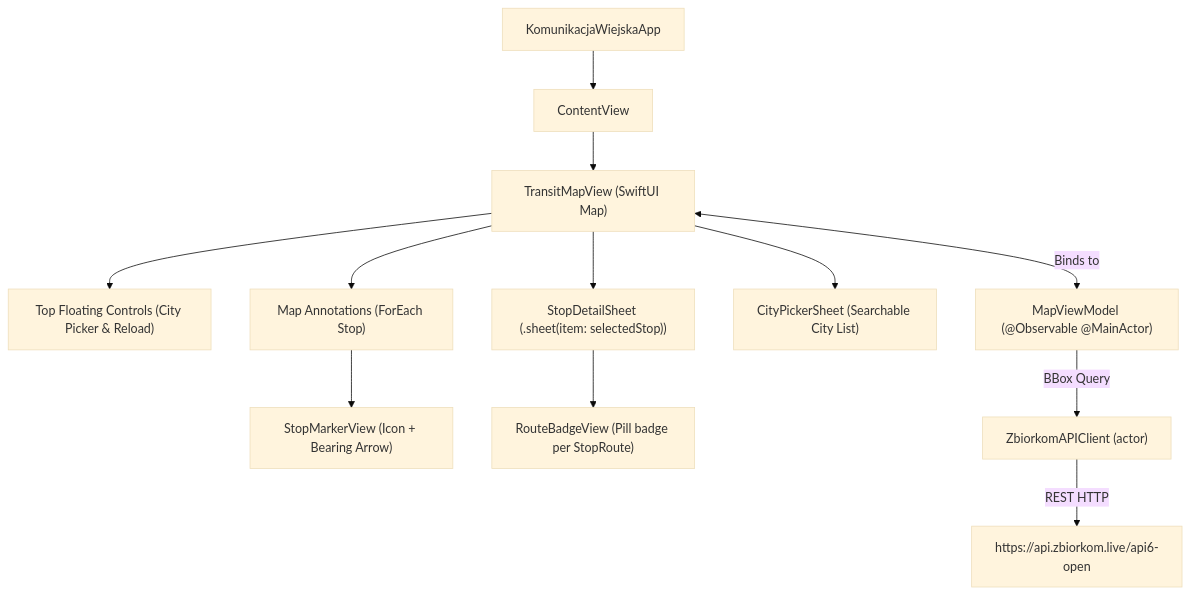
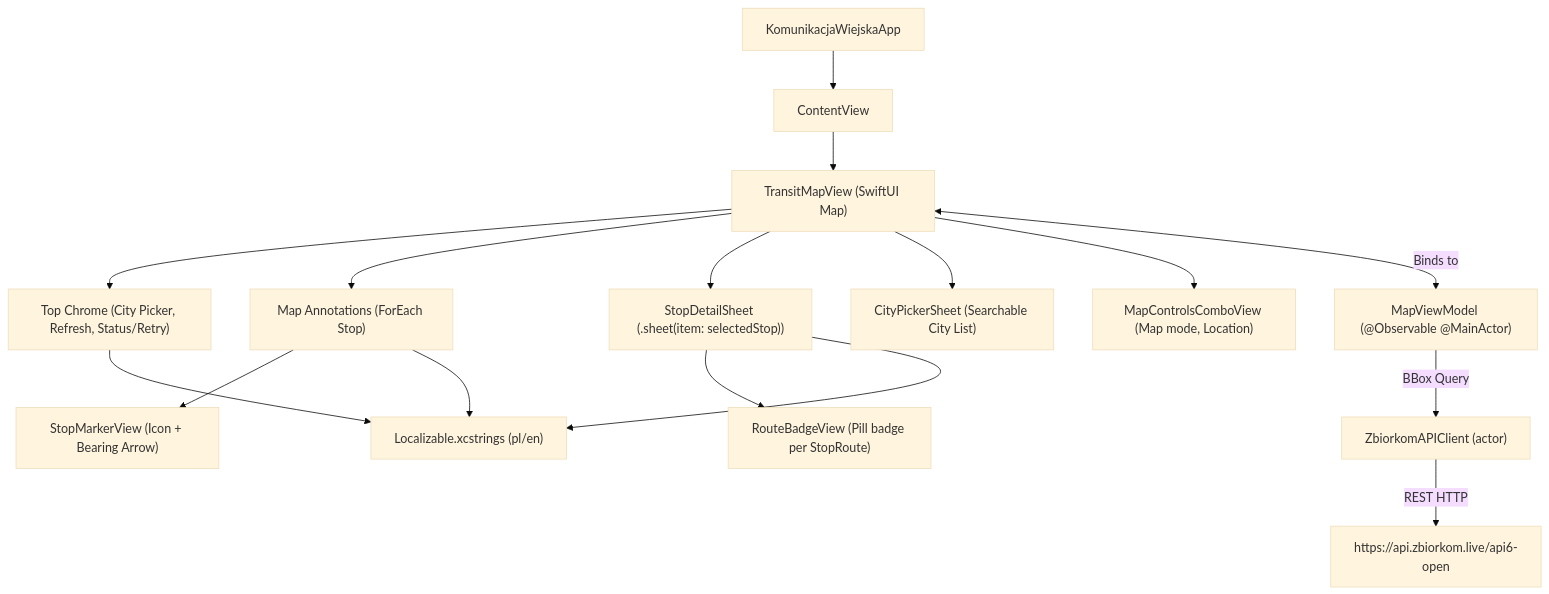
One commit to lemon-sh/KomunikacjaWiejska changed the diagram in docs/architecture.md. Above: the diagram before and after it, drawn with Mermaid (base theme). The commit also changed other lines of this file and 7 other files, not shown here.

Commit message:
docs: reconcile architecture/API/ADRs and close the remediation plan (P5-5)

````diff
--- a/docs/architecture.md
+++ b/docs/architecture.md
@@ -26,15 +33,20 @@
 ```mermaid
 flowchart TD
     App["KomunikacjaWiejskaApp"] --> Content["ContentView"]
     Content --> MapView["TransitMapView (SwiftUI Map)"]
-    MapView --> TopBar["Top Floating Controls (City Picker & Reload)"]
+    MapView --> TopBar["Top Chrome (City Picker, Refresh, Status/Retry)"]
     MapView --> Annotations["Map Annotations (ForEach Stop)"]
     Annotations --> MarkerView["StopMarkerView (Icon + Bearing Arrow)"]
     MapView --> DetailSheet["StopDetailSheet (.sheet(item: selectedStop))"]
     DetailSheet --> RouteBadges["RouteBadgeView (Pill badge per StopRoute)"]
     MapView --> CitySheet["CityPickerSheet (Searchable City List)"]
+    MapView --> Controls["MapControlsComboView (Map mode, Location)"]
+
+    TopBar --> Localized["Localizable.xcstrings (pl/en)"]
+    Annotations --> Localized
+    DetailSheet --> Localized
 
     MapView <-->|Binds to| ViewModel["MapViewModel (@Observable @MainActor)"]
     ViewModel -->|BBox Query| Client["ZbiorkomAPIClient (actor)"]
     Client -->|REST HTTP| API["https://api.zbiorkom.live/api6-open"]
 ```
````
